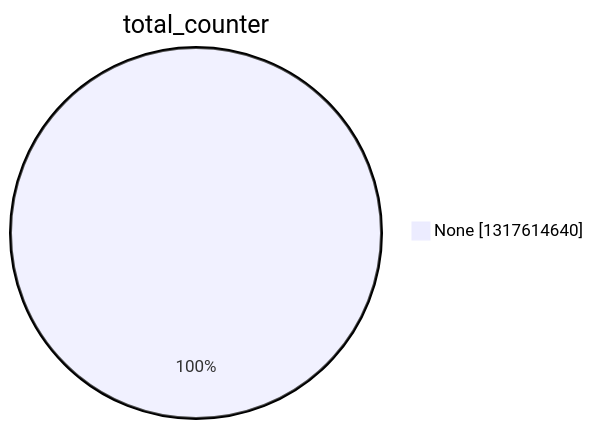
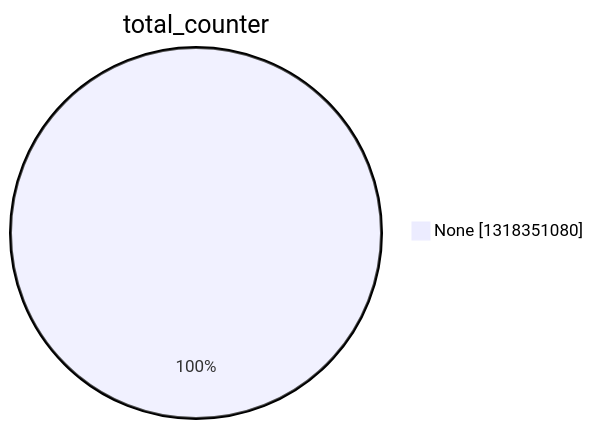
One commit to christiankrug/ctmonitor_visualization changed the second of 15 diagrams in argon2022/README.md. Above: the diagram before and after it, drawn with Mermaid. The commit also changed other lines of this file, not shown here.

````diff
--- a/argon2022/README.md
+++ b/argon2022/README.md
@@ -9,5 +9,5 @@
 ```mermaid
 pie showData
 title total_counter
-"None" :1317614640
+"None" :1318351080
 ```
````
